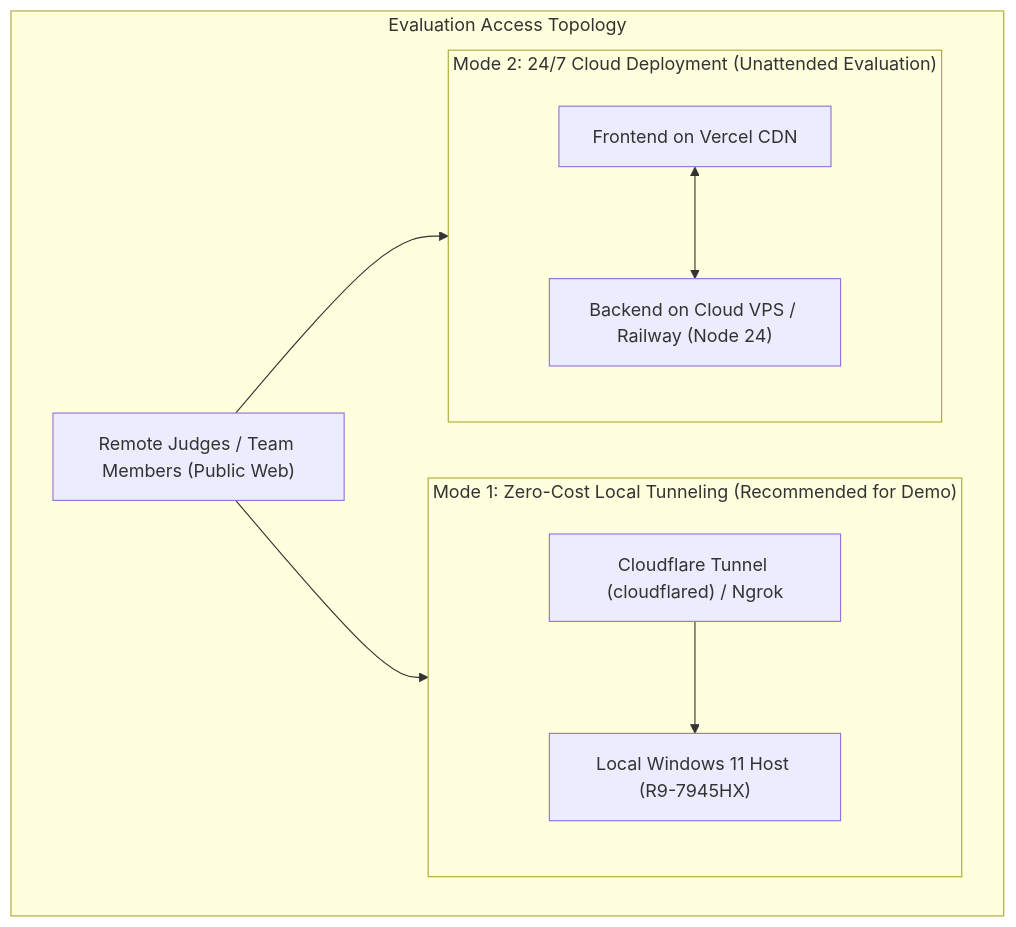
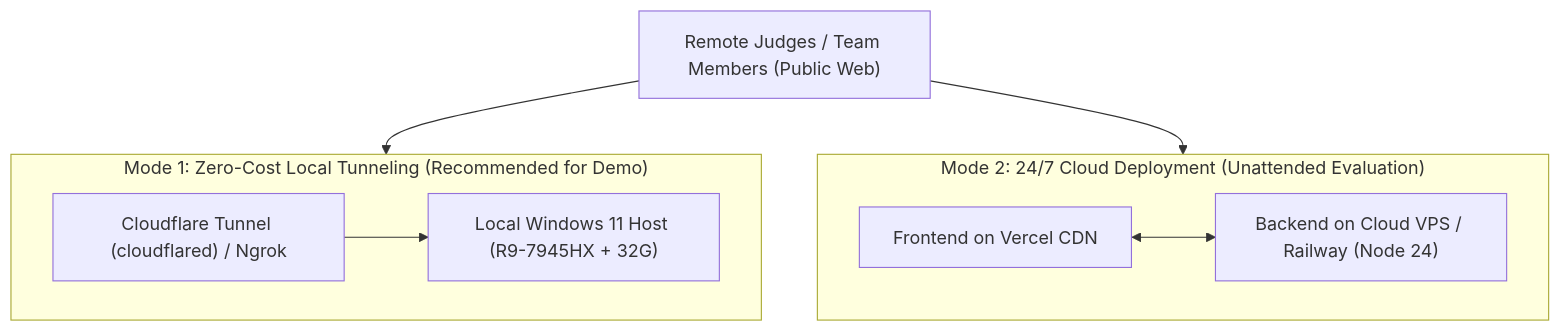
One commit to SakuraCianna/LegacyCodeModernizer changed the diagram in docs/deployment-and-tunneling.md. Above: the diagram before and after it, drawn with Mermaid. The commit also changed 7 other files, not shown here.

Commit message:
docs: 扁平化重构全量 Mermaid 图表，修复 Typora 嵌套报错与高清晰度垂直排版

````diff
--- a/docs/deployment-and-tunneling.md
+++ b/docs/deployment-and-tunneling.md
@@ -13,21 +13,19 @@
 ```mermaid
-graph TD
-    subgraph EvaluationAccess ["Evaluation Access Topology"]
-        Judges["Remote Judges / Team Members (Public Web)"]
+flowchart TD
+    Judges["Remote Judges / Team Members (Public Web)"]
 
-        subgraph ModeA ["Mode 1: Zero-Cost Local Tunneling (Recommended for Demo)"]
-            Tunnel["Cloudflare Tunnel (cloudflared) / Ngrok"]
-            LocalHost["Local Windows 11 Host (R9-7945HX)"]
-            Tunnel --> LocalHost
-        end
+    subgraph ModeA ["Mode 1: Zero-Cost Local Tunneling (Recommended for Demo)"]
+        Tunnel["Cloudflare Tunnel (cloudflared) / Ngrok"]
+        LocalHost["Local Windows 11 Host (R9-7945HX + 32G)"]
+        Tunnel --> LocalHost
+    end
 
-        subgraph ModeB ["Mode 2: 24/7 Cloud Deployment (Unattended Evaluation)"]
-            Vercel["Frontend on Vercel CDN"]
-            CloudVPS["Backend on Cloud VPS / Railway (Node 24)"]
-            Vercel <--> CloudVPS
-        end
+    subgraph ModeB ["Mode 2: 24/7 Cloud Deployment (Unattended Evaluation)"]
+        Vercel["Frontend on Vercel CDN"]
+        CloudVPS["Backend on Cloud VPS / Railway (Node 24)"]
+        Vercel <--> CloudVPS
+    end
 
-        Judges --> ModeA
-        Judges --> ModeB
-    end
+    Judges --> ModeA
+    Judges --> ModeB
 ```
````
